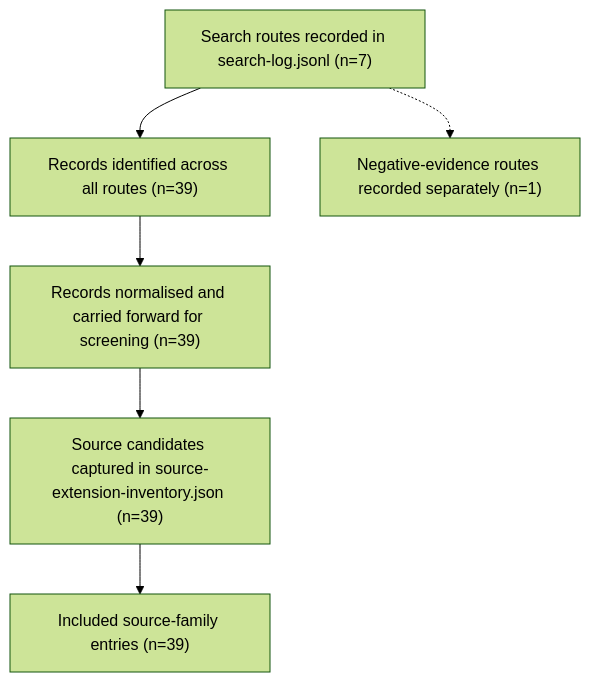
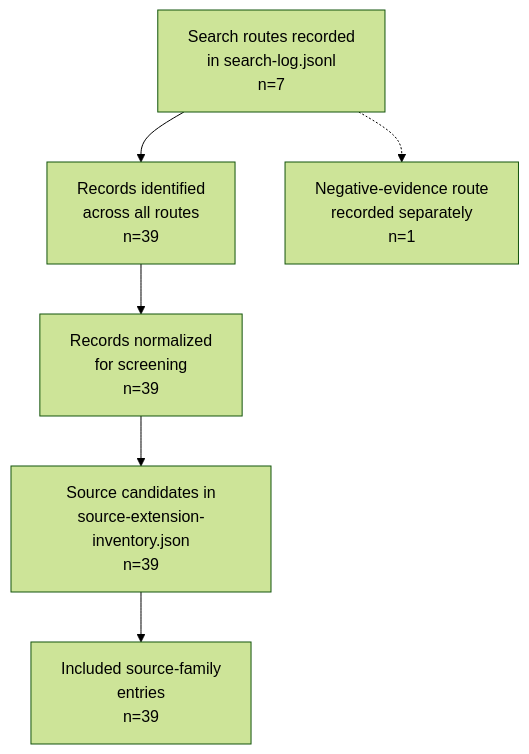
Before and after one commit to edithatogo/UOGTO: the diagram in docs/article-hardening/figures/prisma-2020-source-discovery-flow.md, drawn with Mermaid (forest theme). The commit also changed other lines of this file and 119 other files, not shown here.

````diff
--- a/docs/article-hardening/figures/prisma-2020-source-discovery-flow.md
+++ b/docs/article-hardening/figures/prisma-2020-source-discovery-flow.md
@@ -5,8 +5,14 @@
 ```mermaid
 flowchart TD
-    A["Search routes recorded in search-log.jsonl (n=7)"] --> B["Records identified across all routes (n=39)"]
-    B --> C["Records normalised and carried forward for screening (n=39)"]
-    C --> D["Source candidates captured in source-extension-inventory.json (n=39)"]
-    D --> E["Included source-family entries (n=39)"]
-    A -.-> F["Negative-evidence routes recorded separately (n=1)"]
+    N0["Search routes recorded<br/>in search-log.jsonl<br/>n=7"]
+    N1["Records identified<br/>across all routes<br/>n=39"]
+    N2["Records normalized<br/>for screening<br/>n=39"]
+    N3["Source candidates in<br/>source-extension-inventory.json<br/>n=39"]
+    N4["Included source-family<br/>entries<br/>n=39"]
+    N5["Negative-evidence route<br/>recorded separately<br/>n=1"]
+    N0 --> N1
+    N1 --> N2
+    N2 --> N3
+    N3 --> N4
+    N0 -.-> N5
 ```
````
